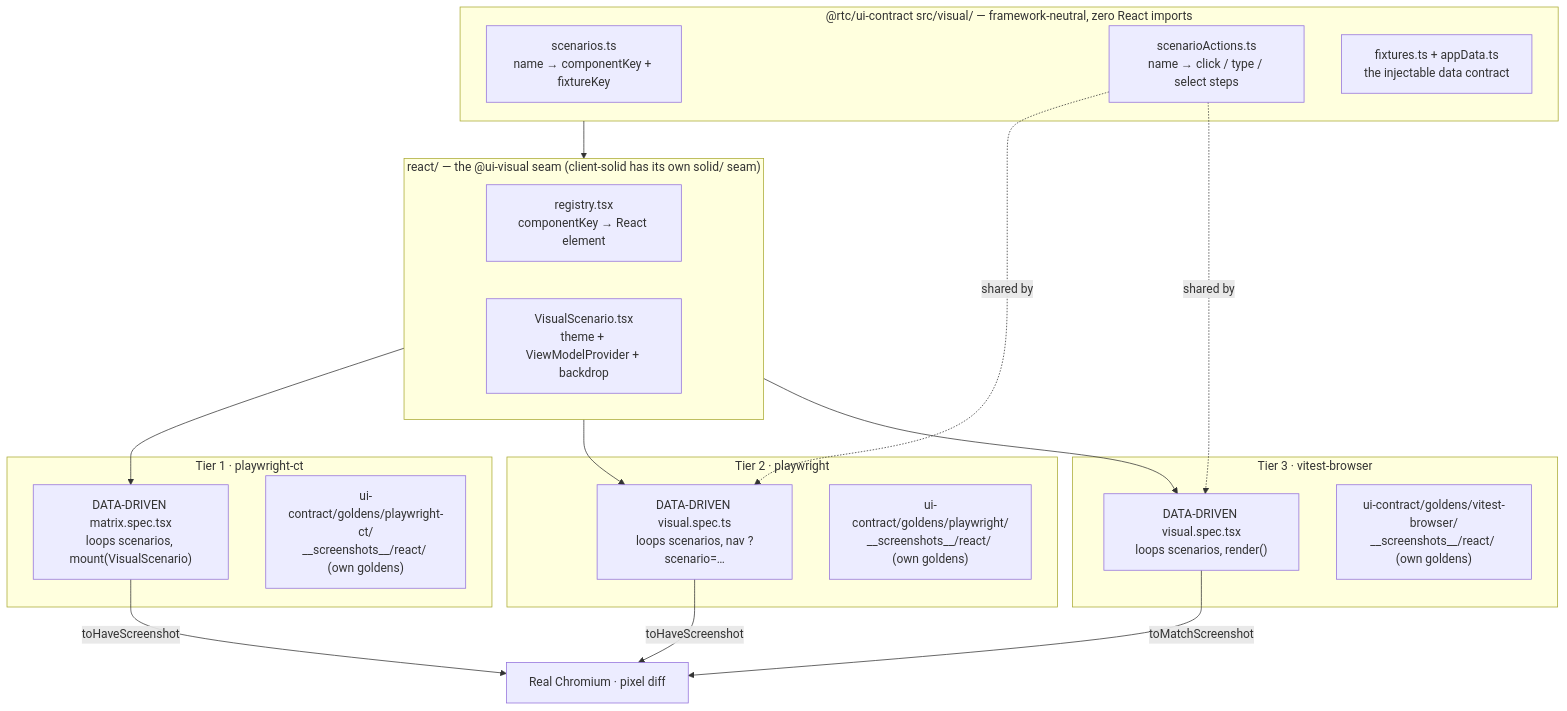
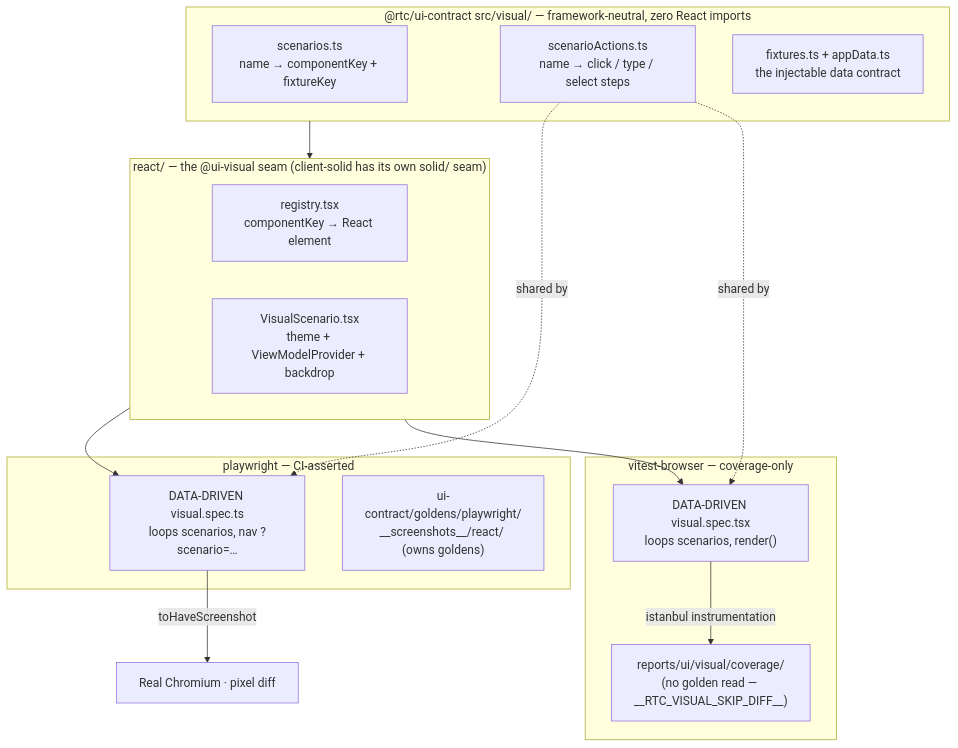
Before and after one commit to bettersoftware-io/ReactiveTraderCloudClone: the diagram in packages/client-react/tests/ui/visual/README.md, drawn with Mermaid. The commit also changed other lines of this file and 5358 other files, not shown here.

First line of the commit message:
refactor(visual)!: retire playwright-ct + vitest-browser assert tiers — Tier 2 is the visual contract

````diff
--- a/packages/client-react/tests/ui/visual/README.md
+++ b/packages/client-react/tests/ui/visual/README.md
@@ -175,38 +176,32 @@
 ```mermaid
 flowchart TB
     subgraph CORE["@rtc/ui-contract src/visual/ — framework-neutral, zero React imports"]
         SC["scenarios.ts<br/>name → componentKey + fixtureKey"]
         SA["scenarioActions.ts<br/>name → click / type / select steps"]
         FX["fixtures.ts + appData.ts<br/>the injectable data contract"]
     end
 
     subgraph REACT["react/ — the @ui-visual seam (client-solid has its own solid/ seam)"]
         REG["registry.tsx<br/>componentKey → React element"]
         VS["VisualScenario.tsx<br/>theme + ViewModelProvider + backdrop"]
     end
 
     CORE --> REACT
 
-    subgraph T1["Tier 1 · playwright-ct"]
-        T1S["DATA-DRIVEN matrix.spec.tsx<br/>loops scenarios, mount(VisualScenario)"]
-        T1G["ui-contract/goldens/playwright-ct/<br/>__screenshots__/react/ (own goldens)"]
+    subgraph T2["playwright — CI-asserted"]
+        T2S["DATA-DRIVEN visual.spec.ts<br/>loops scenarios, nav ?scenario=…"]
+        T2G["ui-contract/goldens/playwright/<br/>__screenshots__/react/ (owns goldens)"]
     end
-    subgraph T2["Tier 2 · playwright"]
-        T2S["DATA-DRIVEN visual.spec.ts<br/>loops scenarios, nav ?scenario=…"]
-        T2G["ui-contract/goldens/playwright/<br/>__screenshots__/react/ (own goldens)"]
-    end
-    subgraph T3["Tier 3 · vitest-browser"]
+    subgraph T3["vitest-browser — coverage-only"]
         T3S["DATA-DRIVEN visual.spec.tsx<br/>loops scenarios, render()"]
-        T3G["ui-contract/goldens/vitest-browser/<br/>__screenshots__/react/ (own goldens)"]
+        T3C["reports/ui/visual/coverage/<br/>(no golden read — __RTC_VISUAL_SKIP_DIFF__)"]
     end
 
-    REACT --> T1S
     REACT --> T2S
     REACT --> T3S
     SA -. shared by .-> T2S
     SA -. shared by .-> T3S
 
-    T1S -->|toHaveScreenshot| OUT["Real Chromium · pixel diff"]
-    T2S -->|toHaveScreenshot| OUT
-    T3S -->|toMatchScreenshot| OUT
+    T2S -->|toHaveScreenshot| OUT["Real Chromium · pixel diff"]
+    T3S -->|istanbul instrumentation| T3C
 ```
````
